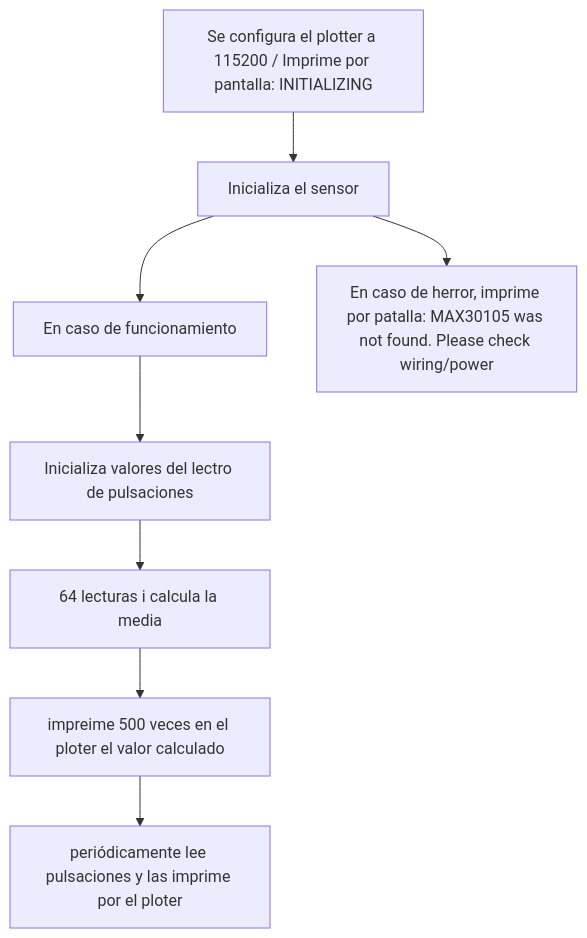
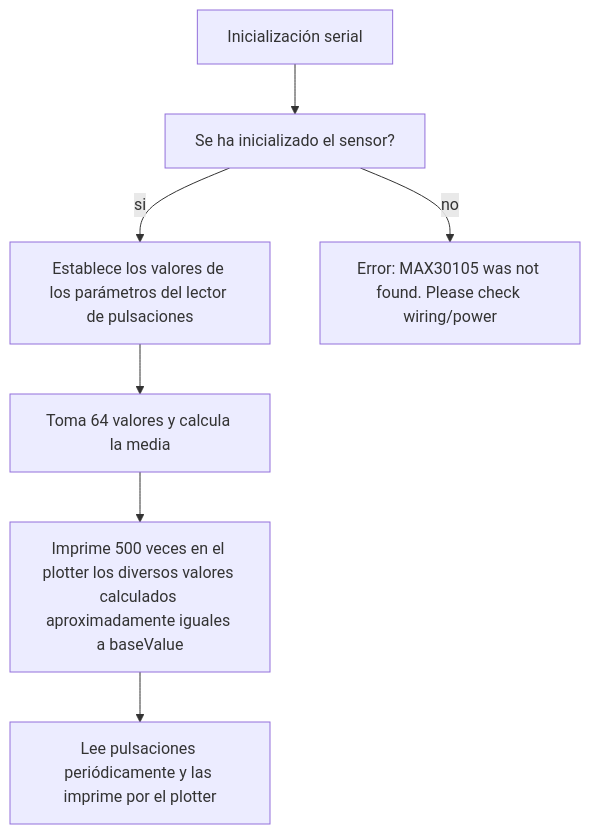
One commit to didac89/PD_P5 changed the second of 2 diagrams in README.md. Above: the diagram before and after it, drawn with Mermaid. The commit also changed other lines of this file and 2 other files, not shown here.

`````diff
--- a/README.md
+++ b/README.md
@@ -210,11 +225,10 @@
 ```mermaid
 
 flowchart TD;
-    A[Se configura el plotter a 115200 / Imprime por pantalla: INITIALIZING ] -->B[Inicializa el sensor];    
-    B-->G[En caso de funcionamiento ];
-    B-->H[En caso de herror, imprime por patalla: MAX30105 was not found. Please check wiring/power ];
-    G-->t[Inicializa valores del lectro de pulsaciones ];
-    t-->p[64 lecturas i calcula la media];
-    p-->w[impreime 500 veces en el ploter el valor calculado];
-    w-->s[periódicamente lee pulsaciones y las imprime por el ploter];
+    A[Inicialización serial]--> B[Se ha inicializado el sensor?];    
+    B-- si -->G[Establece los valores de los parámetros del lector de pulsaciones];
+    B-- no -->H[Error: MAX30105 was not found. Please check wiring/power];
+    G-->p[Toma 64 valores y calcula la media];
+    p-->w[Imprime 500 veces en el plotter los diversos valores calculados aproximadamente iguales a baseValue];
+    w-->s[Lee pulsaciones periódicamente y las imprime por el plotter];
 ````
`````
